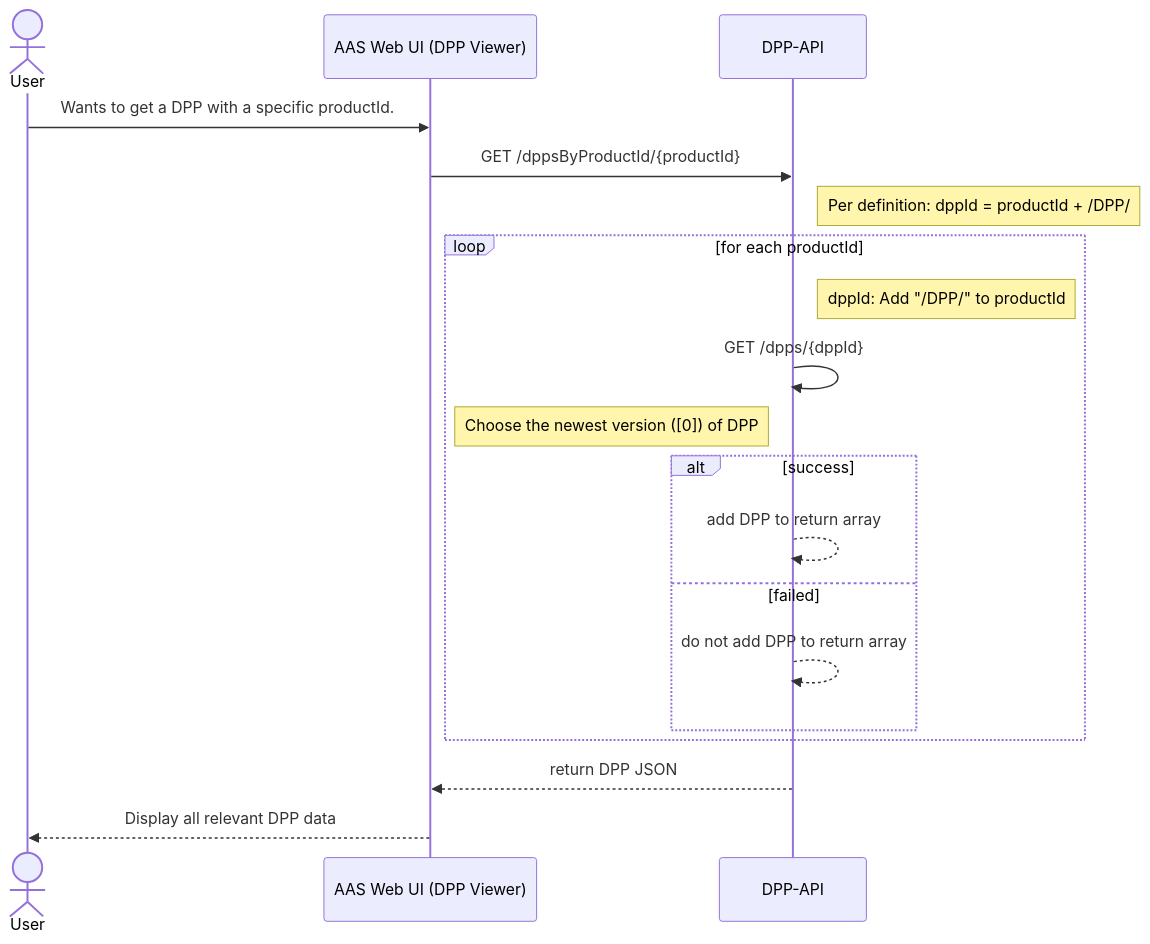
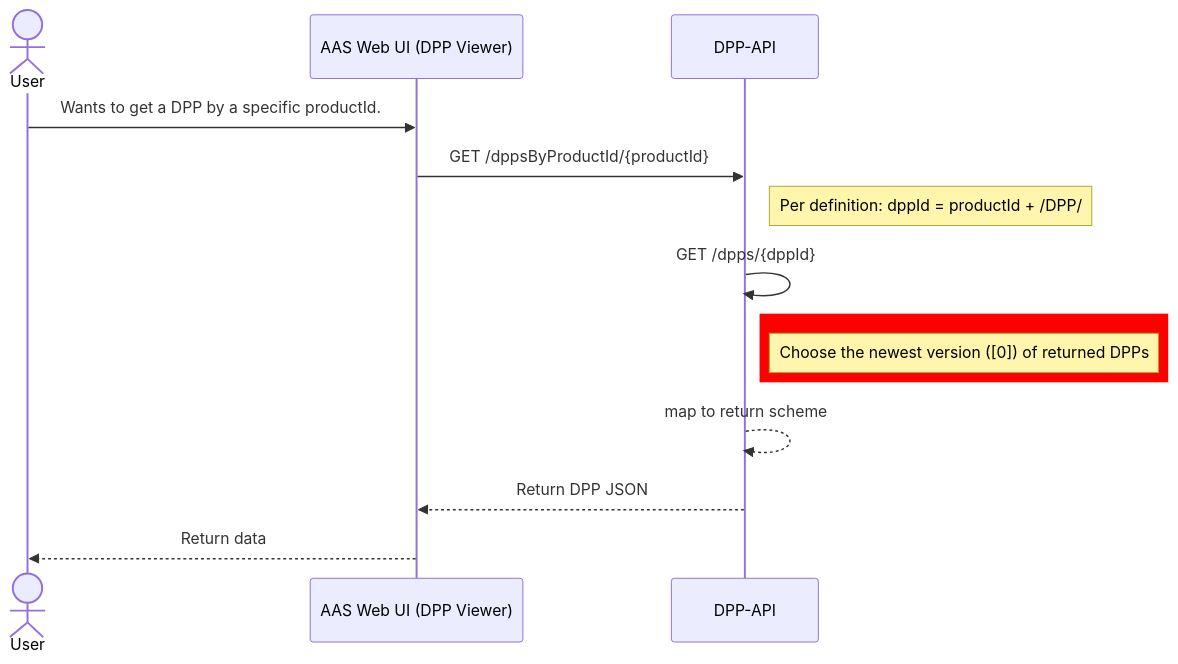
One commit to DHBW-TINF24F/Team6-BaSyx-DPP-API changed the fifth of 10 diagrams in PROJECT/SAS/mapping/mapping.md. Above: the diagram before and after it, drawn with Mermaid. The commit also changed other lines of this file and 3 other files, not shown here.

Commit message:
rework DELETE /dpps & GET /dppsByProductId & some minor changes to other calls

````diff
--- a/PROJECT/SAS/mapping/mapping.md
+++ b/PROJECT/SAS/mapping/mapping.md
@@ -210,24 +207,21 @@
 ```mermaid
 sequenceDiagram
   actor User
   participant Web as AAS Web UI (DPP Viewer)
   participant API as DPP-API
 
-  User->>Web: Wants to get a DPP with a specific productId.
+  User->>Web: Wants to get a DPP by a specific productId.
   Web->>API: GET /dppsByProductId/{productId}
   Note right of API: Per definition: dppId = productId + /DPP/
-  loop for each productId
-    Note right of API: dppId: Add "/DPP/" to productId
-    API->>API: GET /dpps/{dppId}
-    Note left of API: Choose the newest version ([0]) of DPP
 
-    alt success
-        API-->>API: add DPP to return array
-    else failed
-        API-->>API: do not add DPP to return array
-    end
+  API->>API: GET /dpps/{dppId}
+
+  rect red
+    Note right of API: Choose the newest version ([0]) of returned DPPs
   end
+
+  API-->>API: map to return scheme
   
-  API-->>Web: return DPP JSON
-  Web-->>User: Display all relevant DPP data
+  API-->>Web: Return DPP JSON
+  Web-->>User: Return data
 ```
````
